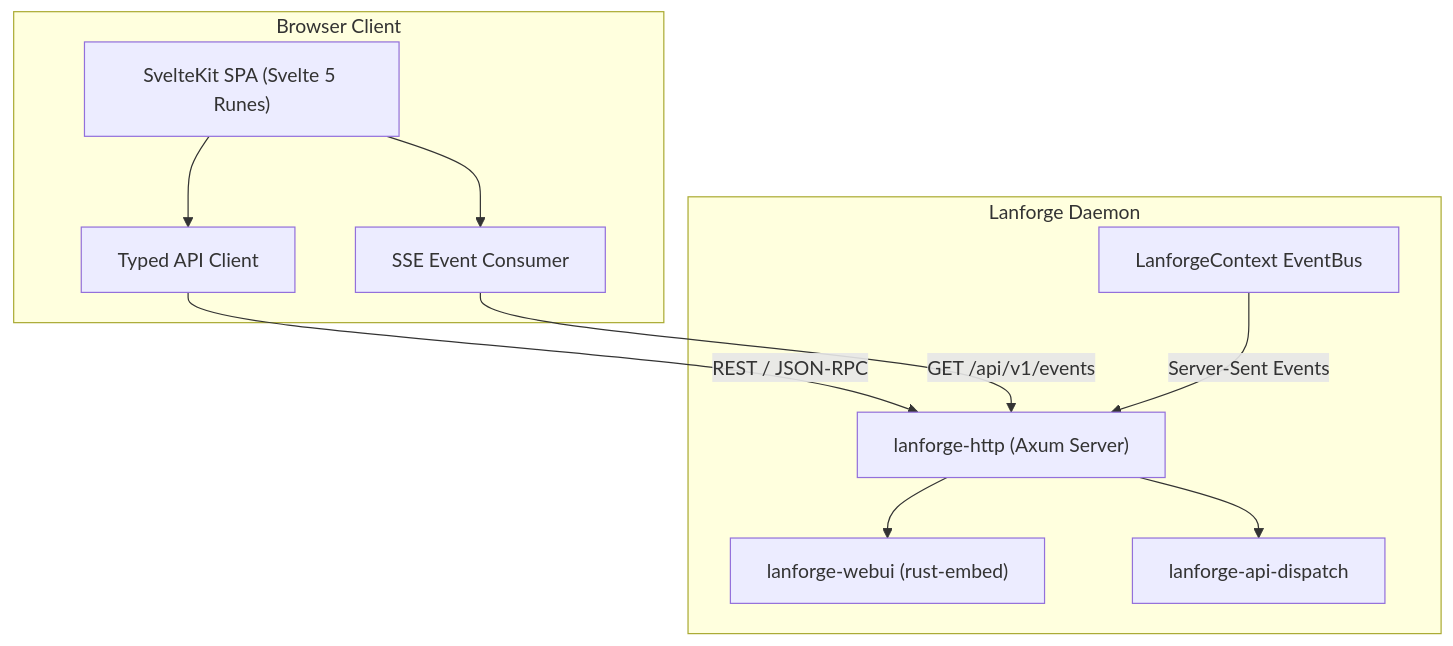
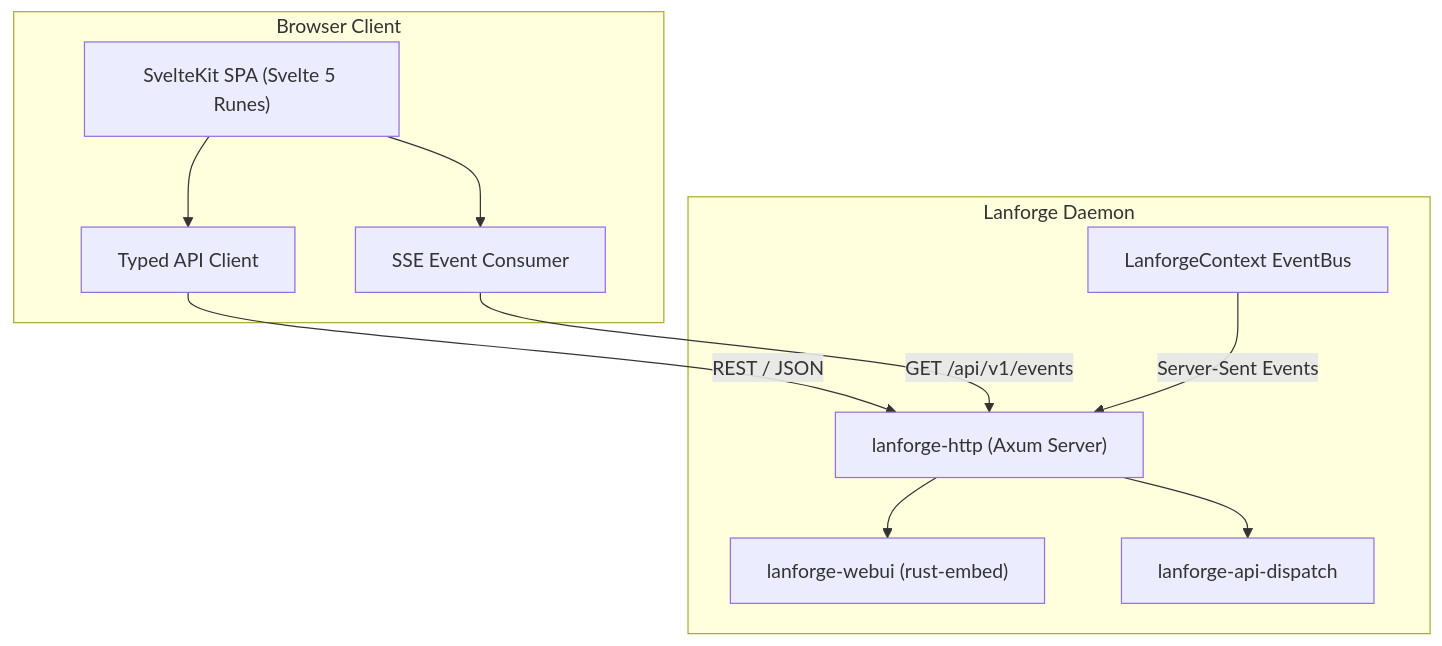
One commit to FerrahWolfeh/lanforge changed the diagram in docs/WEBUI.md. Above: the diagram before and after it, drawn with Mermaid. The commit also changed 2 other files, not shown here.

Commit message:
docs: drop the lanforge-wol crate and JSON-RPC from the architecture docs
There is no lanforge-wol crate (WoL lives in lanforge-transport), and the
UDS speaks postcard while HTTP speaks plain REST/JSON; nothing is JSON-RPC.
Same corrections as the README got.

````diff
--- a/docs/WEBUI.md
+++ b/docs/WEBUI.md
@@ -11,23 +11,23 @@
 ```mermaid
 graph TD
     subgraph "Browser Client"
         SPA["SvelteKit SPA (Svelte 5 Runes)"]
         SSEClient["SSE Event Consumer"]
         FetchClient["Typed API Client"]
     end
 
     subgraph "Lanforge Daemon"
         Axum["lanforge-http (Axum Server)"]
         Embed["lanforge-webui (rust-embed)"]
         Dispatch["lanforge-api-dispatch"]
         Bus["LanforgeContext EventBus"]
     end
 
     SPA --> FetchClient
     SPA --> SSEClient
-    FetchClient -->|REST / JSON-RPC| Axum
+    FetchClient -->|REST / JSON| Axum
     SSEClient -->|GET /api/v1/events| Axum
     Axum --> Embed
     Axum --> Dispatch
     Bus -->|Server-Sent Events| Axum
 ```
````
